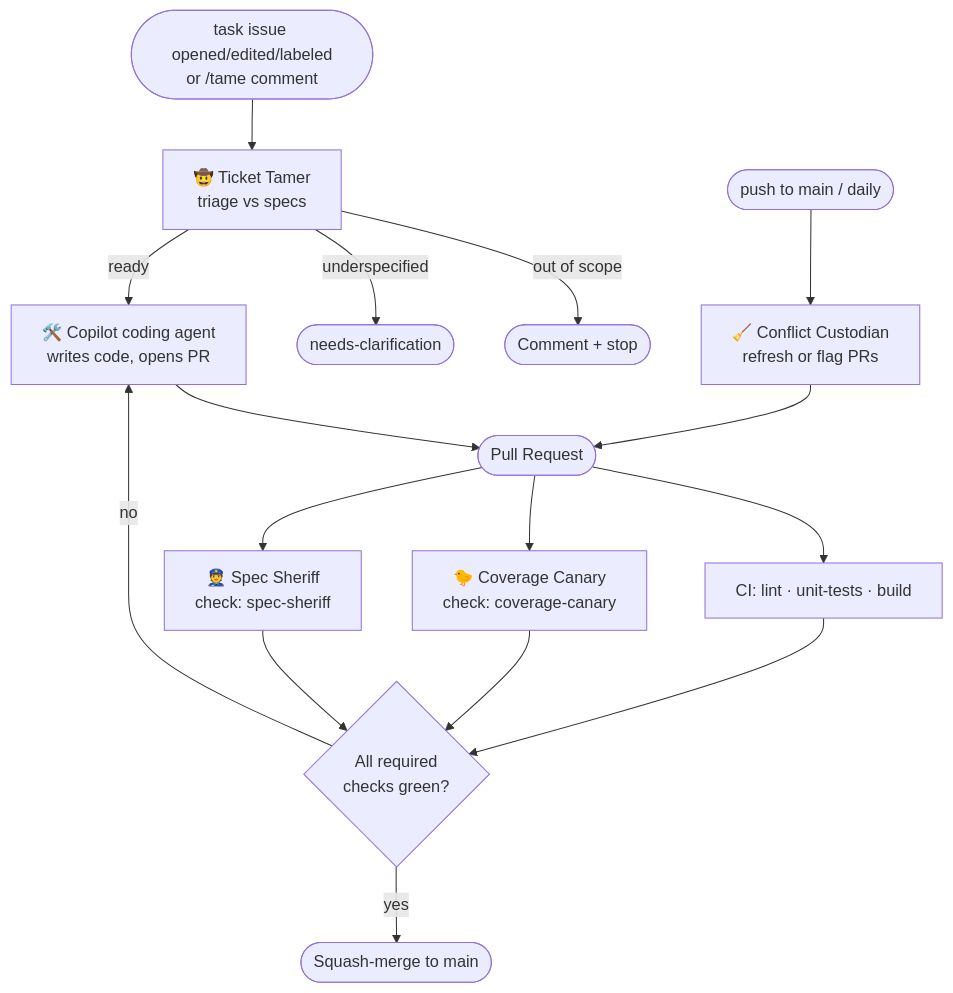
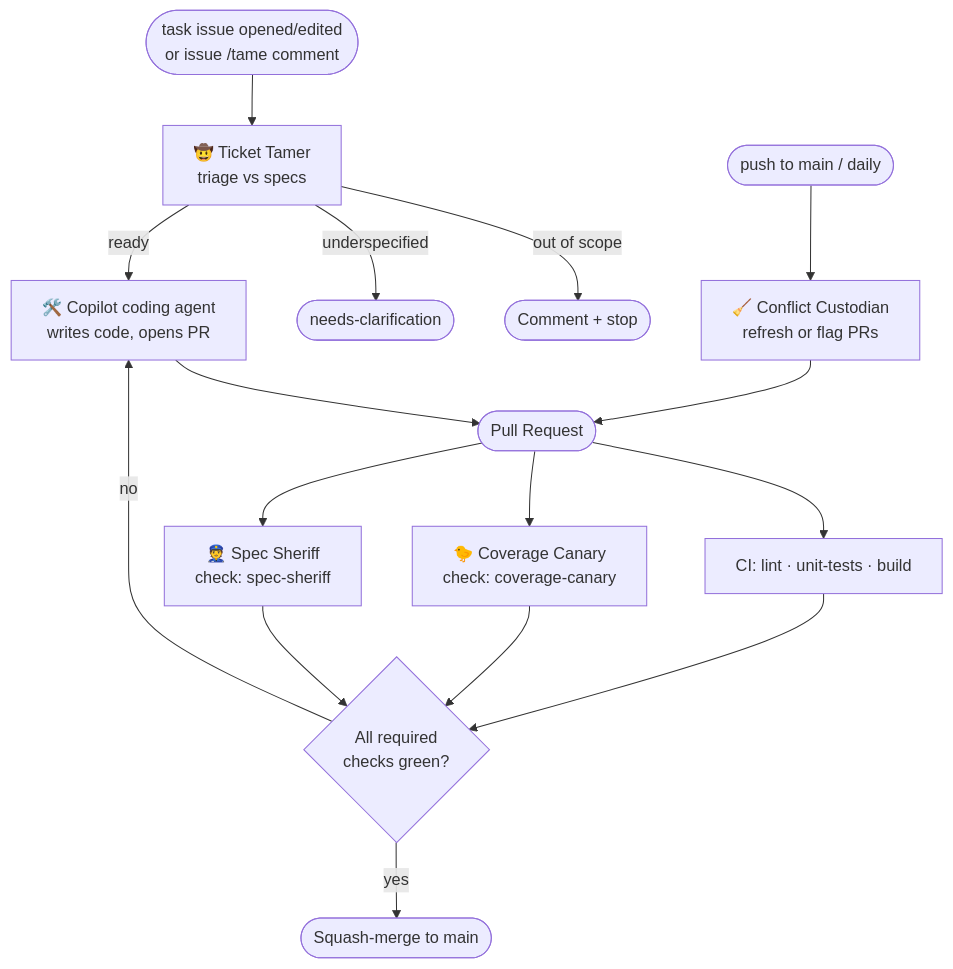
The diagram in docs/agentic-workflows.md (lfarci/loganfarci.com), drawn with Mermaid before and after one commit. The commit also changed other lines of this file and 4 other files, not shown here.

First line of the commit message:
Restrict Ticket Tamer to issues

````diff
--- a/docs/agentic-workflows.md
+++ b/docs/agentic-workflows.md
@@ -23,18 +23,18 @@
 ```mermaid
 flowchart TD
-    I([task issue opened/edited/labeled<br/>or /tame comment]) --> TT[🤠 Ticket Tamer<br/>triage vs specs]
+    I([task issue opened/edited<br/>or issue /tame comment]) --> TT[🤠 Ticket Tamer<br/>triage vs specs]
     TT -- out of scope --> X([Comment + stop])
     TT -- underspecified --> NC([needs-clarification])
     TT -- ready --> COP[🛠️ Copilot coding agent<br/>writes code, opens PR]
     COP --> PR([Pull Request])
     PR --> CI[CI: lint · unit-tests · build]
     PR --> CC[🐤 Coverage Canary<br/>check: coverage-canary]
     PR --> SS[👮 Spec Sheriff<br/>check: spec-sheriff]
     MAIN([push to main / daily]) --> CU[🧹 Conflict Custodian<br/>refresh or flag PRs]
     CU --> PR
     CI --> G{All required<br/>checks green?}
     CC --> G
     SS --> G
     G -- yes --> M([Squash-merge to main])
     G -- no --> COP
 ```
````
